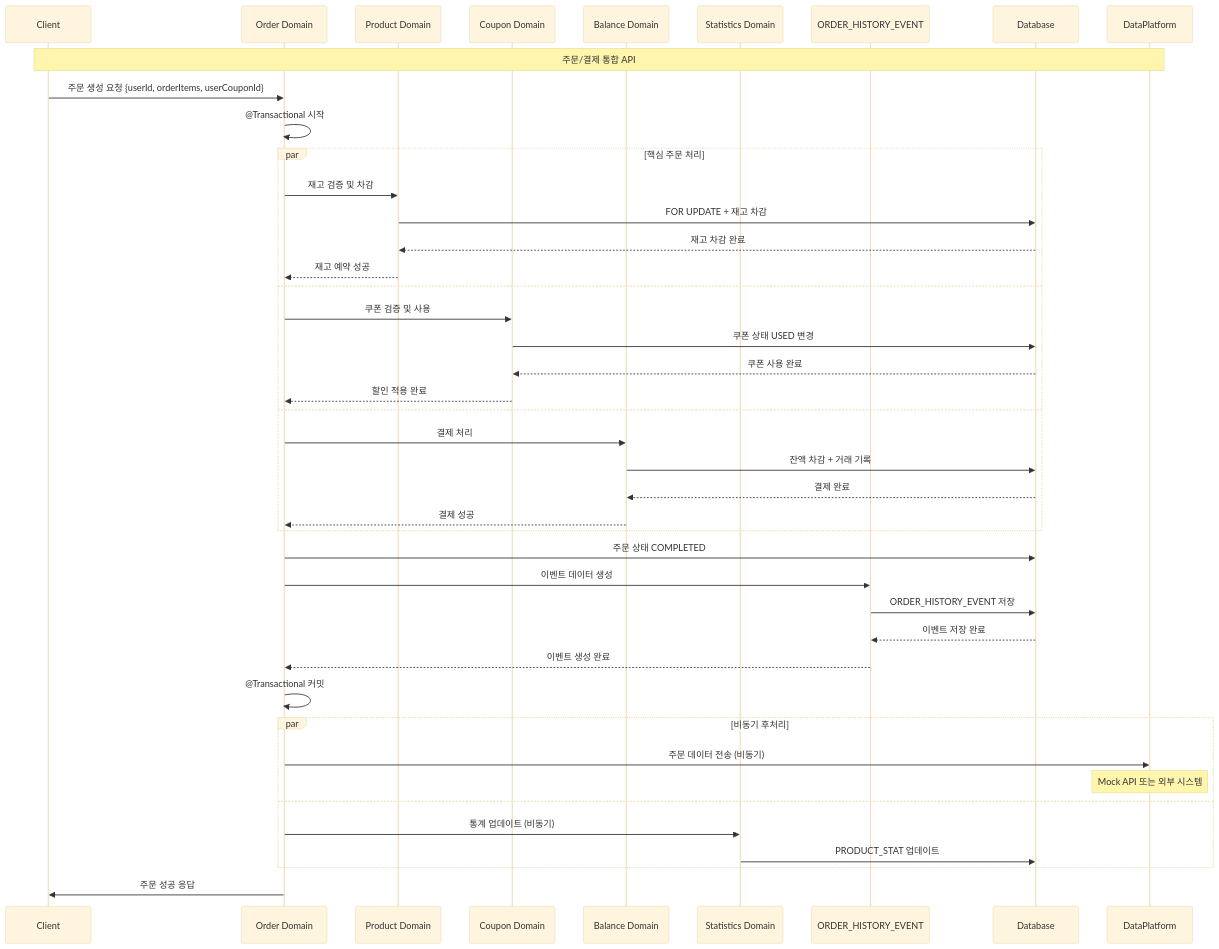
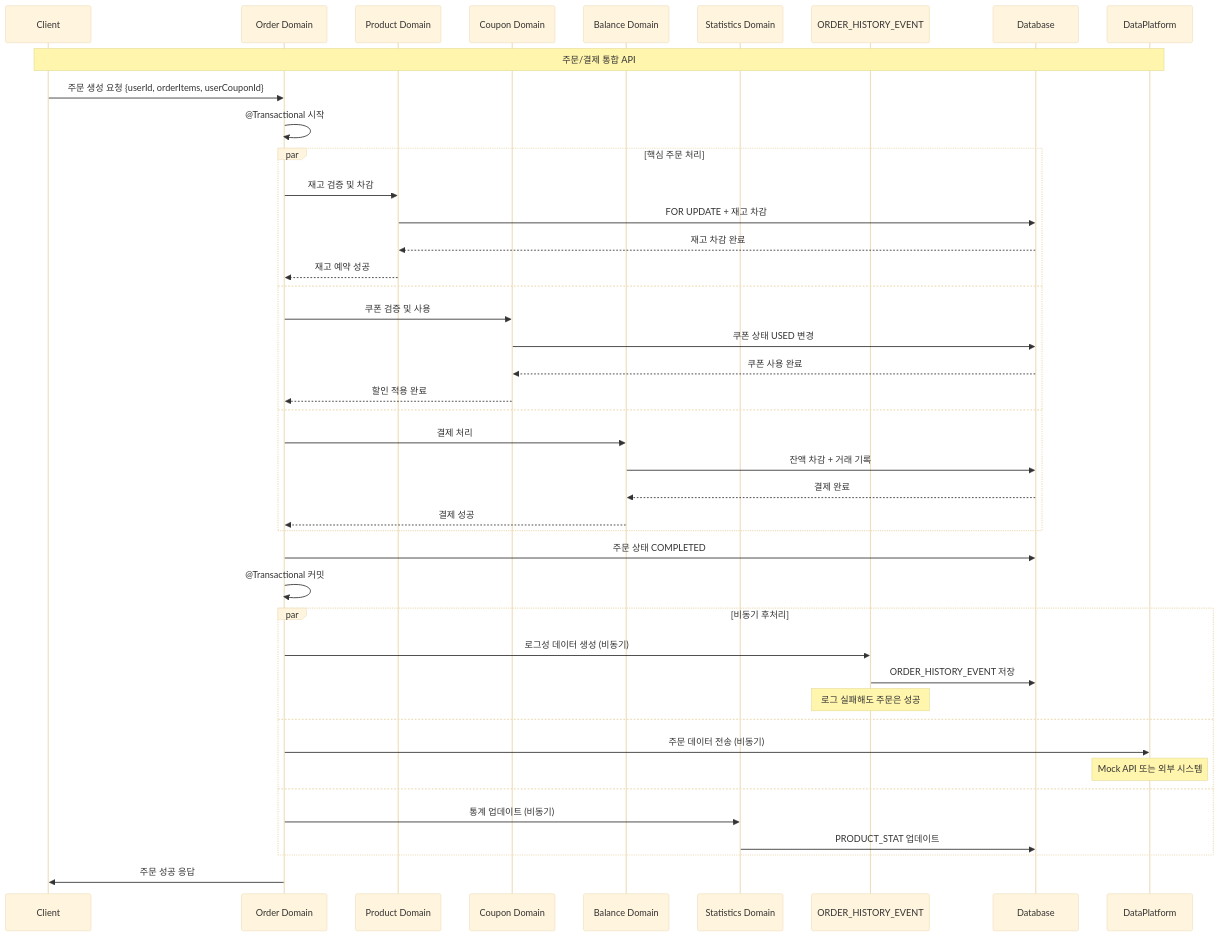
The sixth of 7 diagrams in docs/sequence_diagram.md (yuni02/hhplus-ecommerce), drawn with Mermaid (base theme) before and after one commit. The commit also changed other lines of this file and 2 other files, not shown here.

````diff
--- a/docs/sequence_diagram.md
+++ b/docs/sequence_diagram.md
@@ -193,52 +206,52 @@
 ```mermaid
 sequenceDiagram
     participant C as Client
     participant Order as Order Domain
     participant Product as Product Domain
     participant Coupon as Coupon Domain
     participant Balance as Balance Domain
     participant Statistics as Statistics Domain
     participant Event as ORDER_HISTORY_EVENT
     participant DB as Database
     participant DP as DataPlatform
 
     Note over C,DP: 주문/결제 통합 API
     C->>Order: 주문 생성 요청 {userId, orderItems, userCouponId}
 
     Order->>Order: @Transactional 시작
 
     par 핵심 주문 처리
         Order->>Product: 재고 검증 및 차감
         Product->>DB: FOR UPDATE + 재고 차감
         DB-->>Product: 재고 차감 완료
         Product-->>Order: 재고 예약 성공
     and
         Order->>Coupon: 쿠폰 검증 및 사용
         Coupon->>DB: 쿠폰 상태 USED 변경
         DB-->>Coupon: 쿠폰 사용 완료
         Coupon-->>Order: 할인 적용 완료
     and
         Order->>Balance: 결제 처리
         Balance->>DB: 잔액 차감 + 거래 기록
         DB-->>Balance: 결제 완료
         Balance-->>Order: 결제 성공
     end
 
     Order->>DB: 주문 상태 COMPLETED
-    Order->>Event: 이벤트 데이터 생성
-    Event->>DB: ORDER_HISTORY_EVENT 저장
-    DB-->>Event: 이벤트 저장 완료
-    Event-->>Order: 이벤트 생성 완료
 
     Order->>Order: @Transactional 커밋
 
     par 비동기 후처리
+        Order->>Event: 로그성 데이터 생성 (비동기)
+        Event->>DB: ORDER_HISTORY_EVENT 저장
+        Note over Event: 로그 실패해도 주문은 성공
+    and
         Order->>DP: 주문 데이터 전송 (비동기)
         Note over DP: Mock API 또는 외부 시스템
     and
         Order->>Statistics: 통계 업데이트 (비동기)
         Statistics->>DB: PRODUCT_STAT 업데이트
     end
 
     Order->>C: 주문 성공 응답
 ```
````
